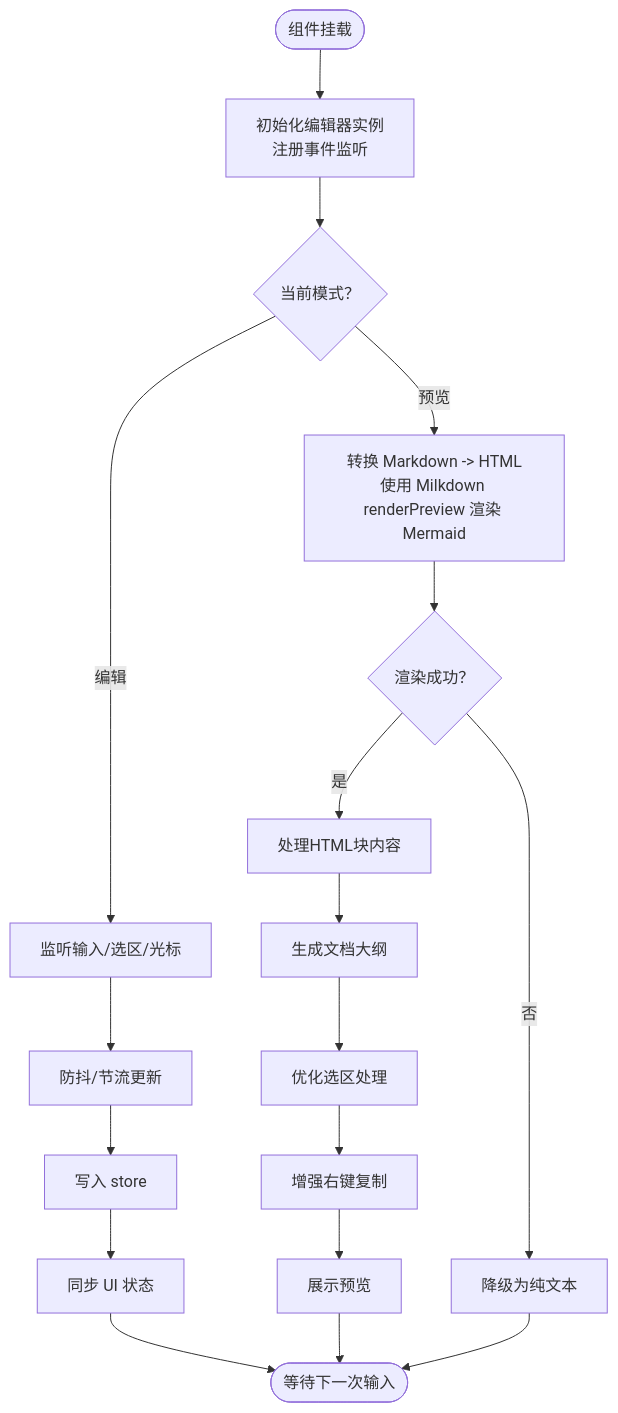
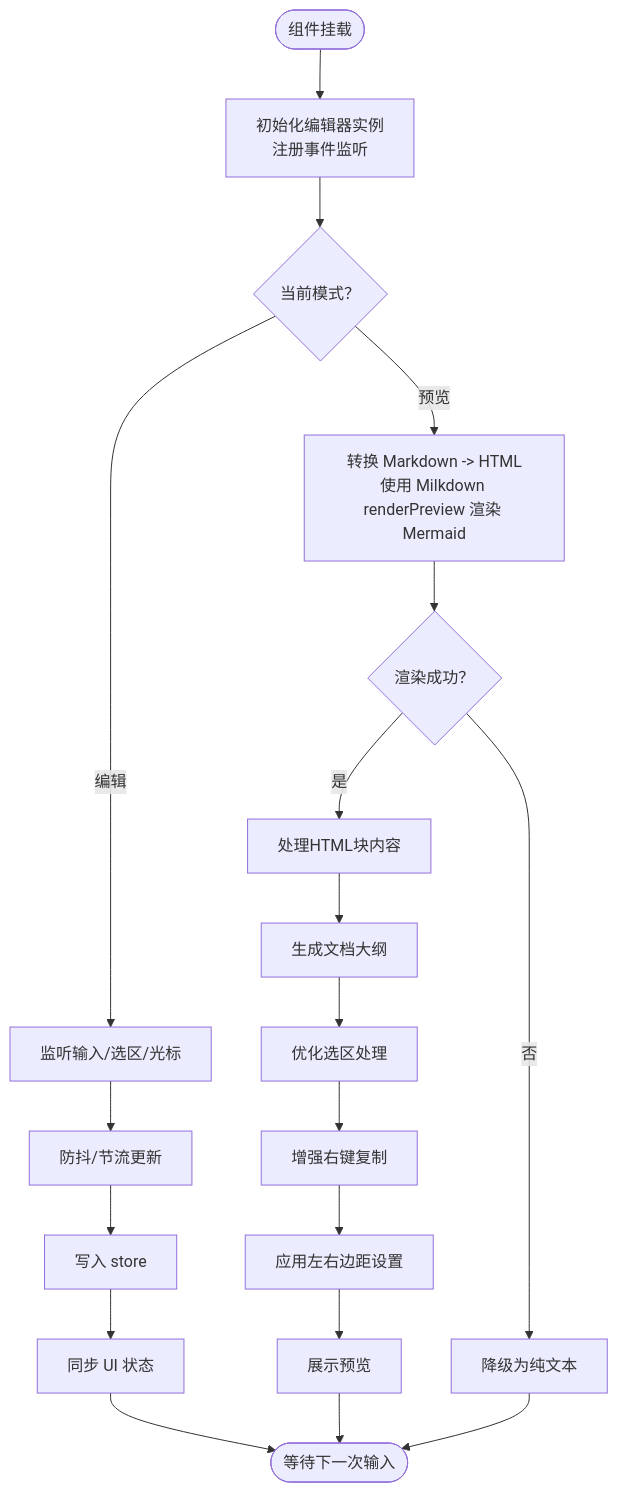
One commit to gongshiyun/ZenNote changed the third of 7 diagrams in .qoder/repowiki/zh/content/核心组件/编辑器组件.md. Above: the diagram before and after it, drawn with Mermaid. The commit also changed other lines of this file and 30 other files, not shown here.

````diff
--- a/.qoder/repowiki/zh/content/核心组件/编辑器组件.md
+++ b/.qoder/repowiki/zh/content/核心组件/编辑器组件.md
@@ -205,20 +216,21 @@
 ```mermaid
 flowchart TD
 Start(["组件挂载"]) --> Init["初始化编辑器实例<br/>注册事件监听"]
 Init --> Mode{"当前模式？"}
 Mode --> |编辑| EditFlow["监听输入/选区/光标"]
 Mode --> |预览| PreviewFlow["转换 Markdown -> HTML<br/>使用 Milkdown renderPreview 渲染 Mermaid"]
 EditFlow --> Debounce["防抖/节流更新"]
 Debounce --> UpdateStore["写入 store"]
 PreviewFlow --> RenderOK{"渲染成功？"}
 RenderOK --> |是| ProcessHTML["处理HTML块内容"]
 RenderOK --> |否| Fallback["降级为纯文本"]
 ProcessHTML --> GenerateOutline["生成文档大纲"]
 GenerateOutline --> OptimizeSelection["优化选区处理"]
 OptimizeSelection --> EnhanceCopy["增强右键复制"]
-EnhanceCopy --> ShowPreview["展示预览"]
+EnhanceCopy --> ApplyMargin["应用左右边距设置"]
+ApplyMargin --> ShowPreview["展示预览"]
 UpdateStore --> SyncUI["同步 UI 状态"]
 SyncUI --> End(["等待下一次输入"])
 ShowPreview --> End
 Fallback --> End
 ```
````
